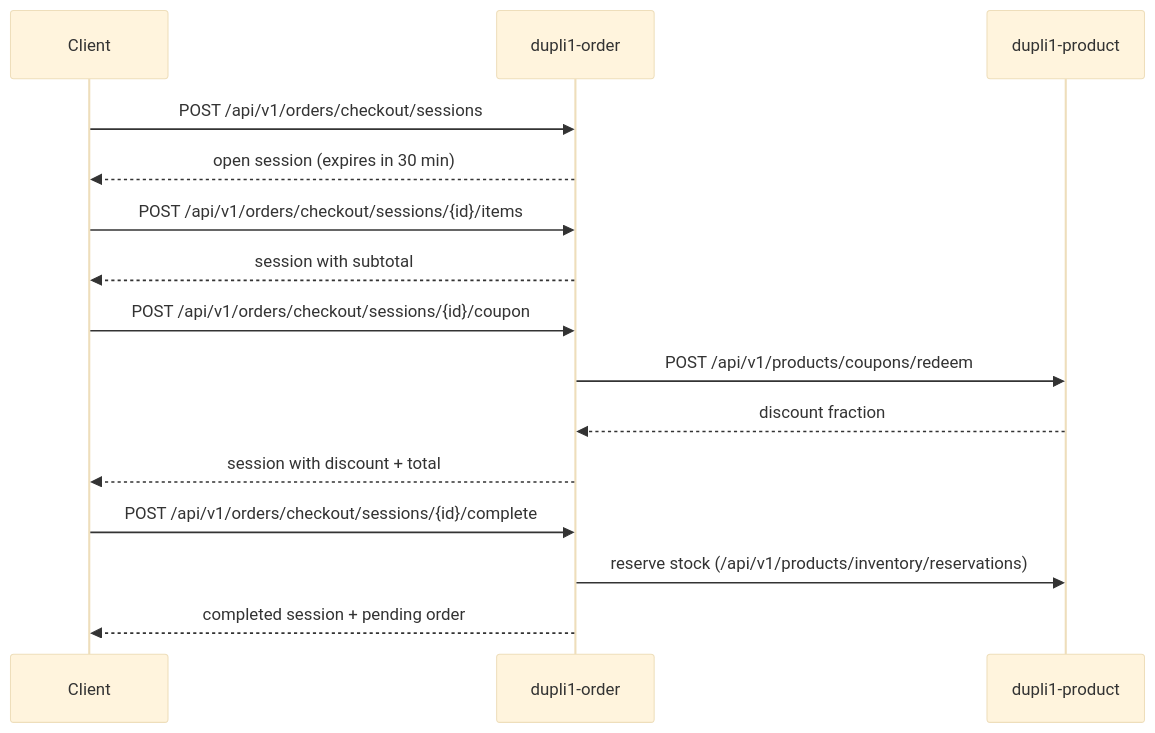
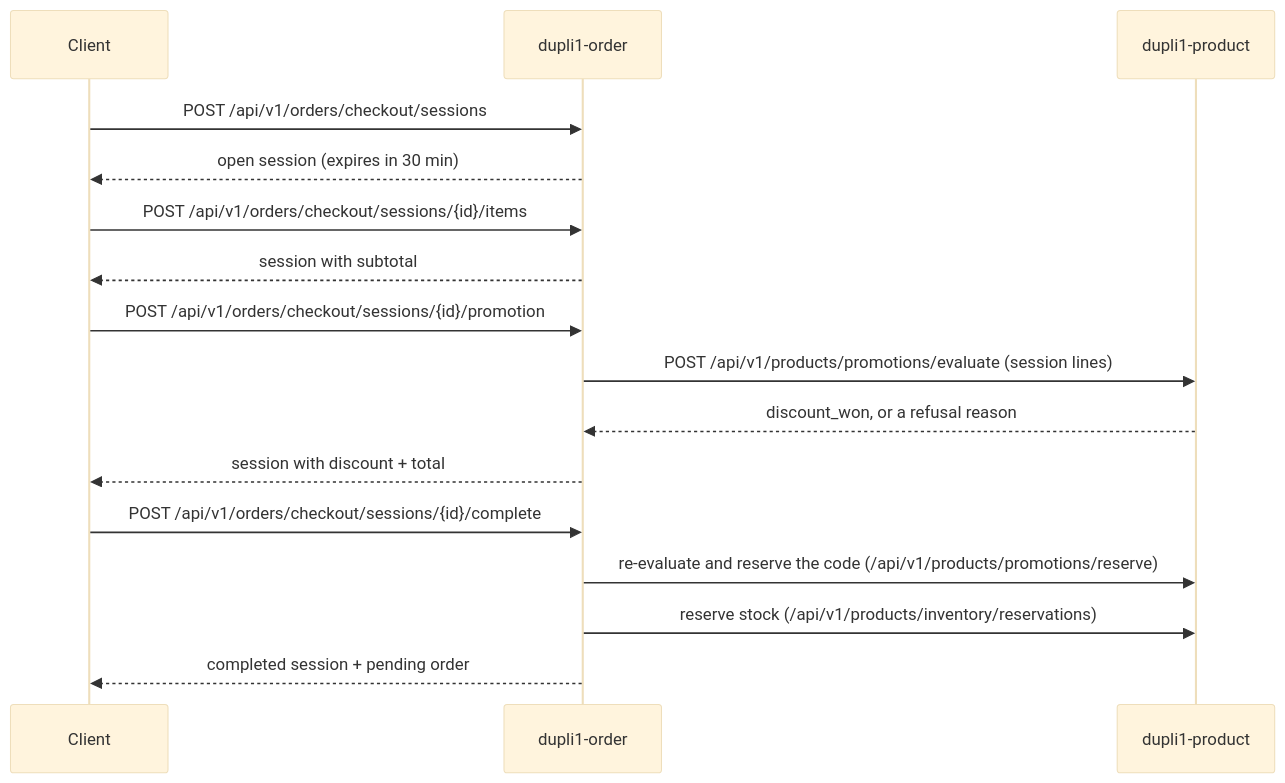
The diagram in docs/checkout-session.md (elug3/dupli1), drawn with Mermaid (base theme) before and after one commit. The commit also changed other lines of this file and 25 other files, not shown here.

````diff
--- a/docs/checkout-session.md
+++ b/docs/checkout-session.md
@@ -15,21 +15,22 @@
 ```mermaid
 sequenceDiagram
     participant Client
     participant Order as dupli1-order
     participant Product as dupli1-product
 
     Client->>Order: POST /api/v1/orders/checkout/sessions
     Order-->>Client: open session (expires in 30 min)
 
     Client->>Order: POST /api/v1/orders/checkout/sessions/{id}/items
     Order-->>Client: session with subtotal
 
-    Client->>Order: POST /api/v1/orders/checkout/sessions/{id}/coupon
-    Order->>Product: POST /api/v1/products/coupons/redeem
-    Product-->>Order: discount fraction
+    Client->>Order: POST /api/v1/orders/checkout/sessions/{id}/promotion
+    Order->>Product: POST /api/v1/products/promotions/evaluate (session lines)
+    Product-->>Order: discount_won, or a refusal reason
     Order-->>Client: session with discount + total
 
     Client->>Order: POST /api/v1/orders/checkout/sessions/{id}/complete
+    Order->>Product: re-evaluate and reserve the code (/api/v1/products/promotions/reserve)
     Order->>Product: reserve stock (/api/v1/products/inventory/reservations)
     Order-->>Client: completed session + pending order
 ```
````
